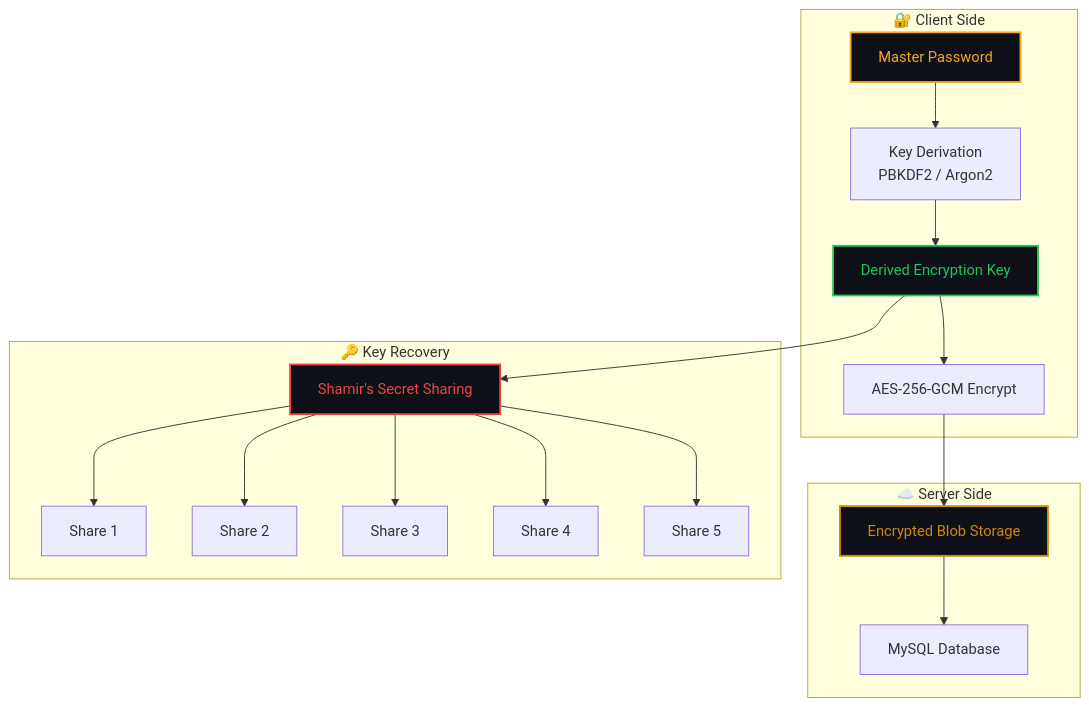
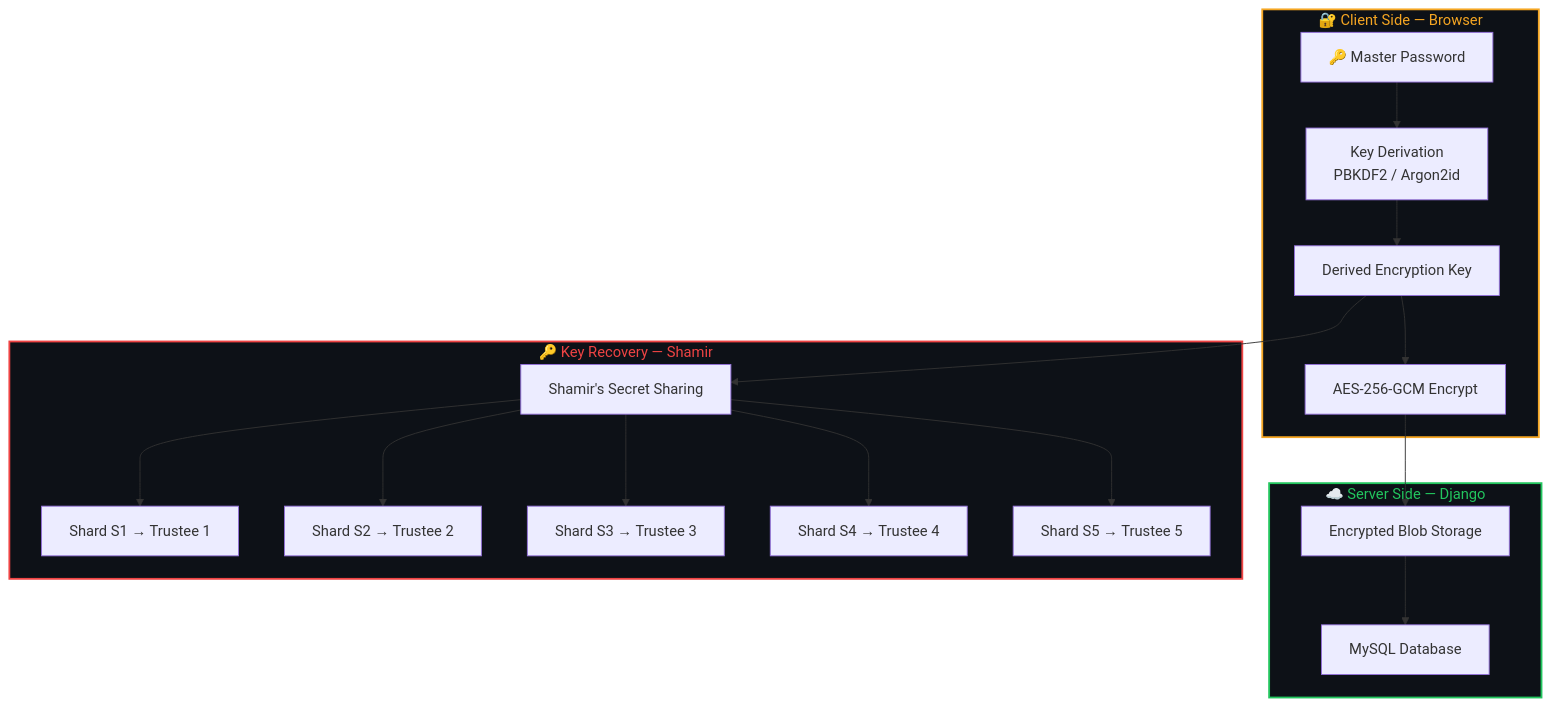
Before and after one commit to DevNovaOps/AegisVault: the fourth of 6 diagrams in README.md, drawn with Mermaid. The commit also changed other lines of this file, not shown here.

````diff
--- a/README.md
+++ b/README.md
@@ -737,27 +926,26 @@
 ```mermaid
 graph TB
-    subgraph "🔐 Client Side"
-        A["Master Password"] --> B["Key Derivation<br/>PBKDF2 / Argon2"]
+    subgraph CLIENT["🔐 Client Side — Browser"]
+        A["🔑 Master Password"] --> B["Key Derivation<br/>PBKDF2 / Argon2id"]
         B --> C["Derived Encryption Key"]
         C --> D["AES-256-GCM Encrypt"]
     end
 
-    subgraph "☁️ Server Side"
+    subgraph SERVER["☁️ Server Side — Django"]
         D --> E["Encrypted Blob Storage"]
         E --> F["MySQL Database"]
     end
 
-    subgraph "🔑 Key Recovery"
+    subgraph RECOVERY["🔑 Key Recovery — Shamir"]
         C --> G["Shamir's Secret Sharing"]
-        G --> H["Share 1"]
-        G --> I["Share 2"]
-        G --> J["Share 3"]
-        G --> K["Share 4"]
-        G --> L["Share 5"]
+        G --> H["Shard S1 → Trustee 1"]
+        G --> I["Shard S2 → Trustee 2"]
+        G --> J["Shard S3 → Trustee 3"]
+        G --> K["Shard S4 → Trustee 4"]
+        G --> L["Shard S5 → Trustee 5"]
     end
 
-    style A fill:#0d1117,stroke:#f5a623,stroke-width:2px,color:#f5a623
-    style C fill:#0d1117,stroke:#22c55e,stroke-width:2px,color:#22c55e
-    style E fill:#0d1117,stroke:#d4860b,stroke-width:2px,color:#d4860b
-    style G fill:#0d1117,stroke:#ef4444,stroke-width:2px,color:#ef4444
+    style CLIENT fill:#0d1117,stroke:#f5a623,stroke-width:2px,color:#f5a623
+    style SERVER fill:#0d1117,stroke:#22c55e,stroke-width:2px,color:#22c55e
+    style RECOVERY fill:#0d1117,stroke:#ef4444,stroke-width:2px,color:#ef4444
 ```
````
